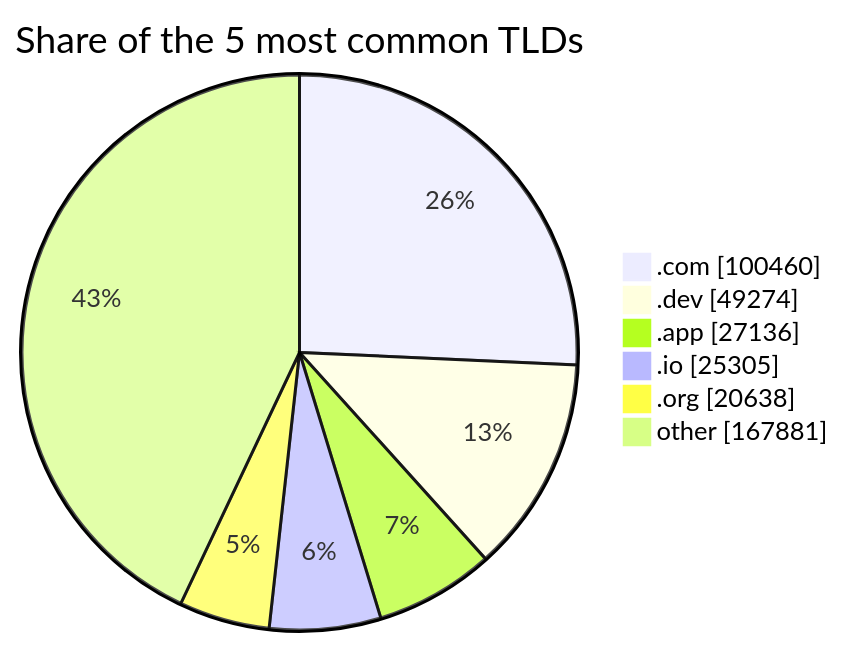
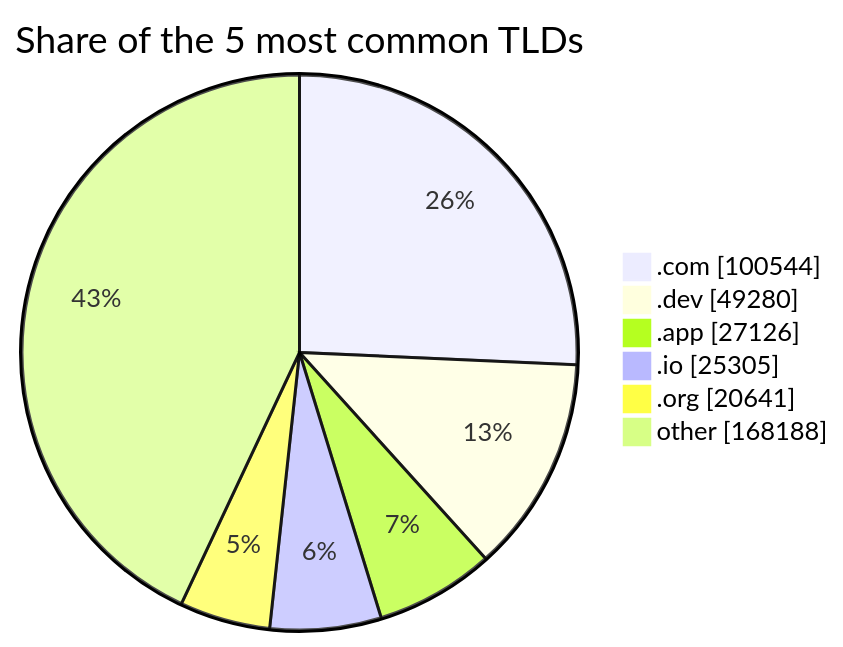
Before and after one commit to DNSBunker/CTI: the third of 3 diagrams in README.md, drawn with Mermaid. The commit also changed other lines of this file and 3 other files, not shown here.

````diff
--- a/README.md
+++ b/README.md
@@ -81,9 +81,9 @@
 ```mermaid
 pie showData title Share of the 5 most common TLDs
-    ".com" : 100460
-    ".dev" : 49274
-    ".app" : 27136
+    ".com" : 100544
+    ".dev" : 49280
+    ".app" : 27126
     ".io" : 25305
-    ".org" : 20638
-    "other" : 167881
+    ".org" : 20641
+    "other" : 168188
 ```
````
